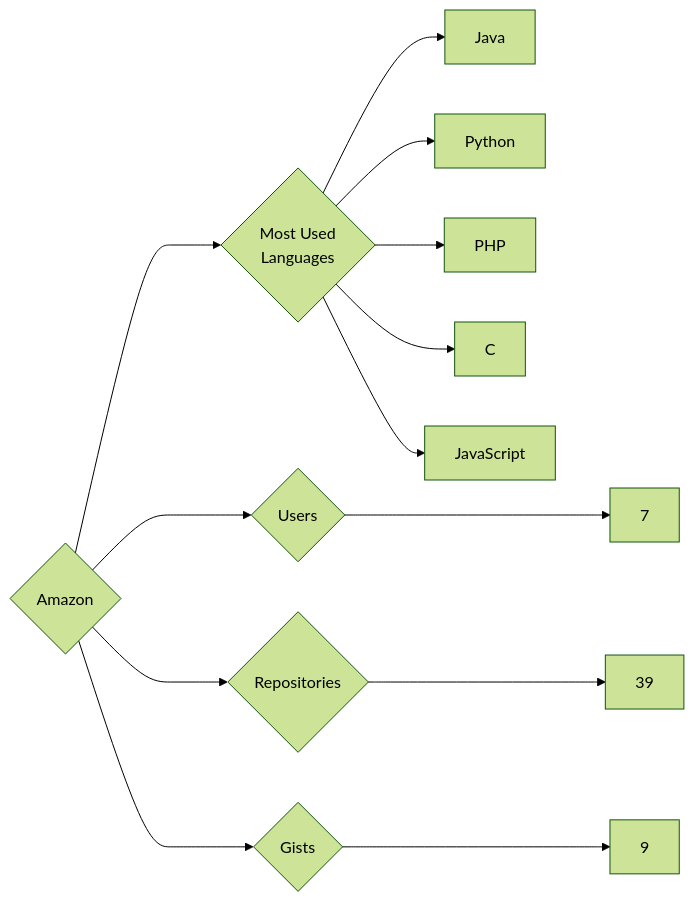
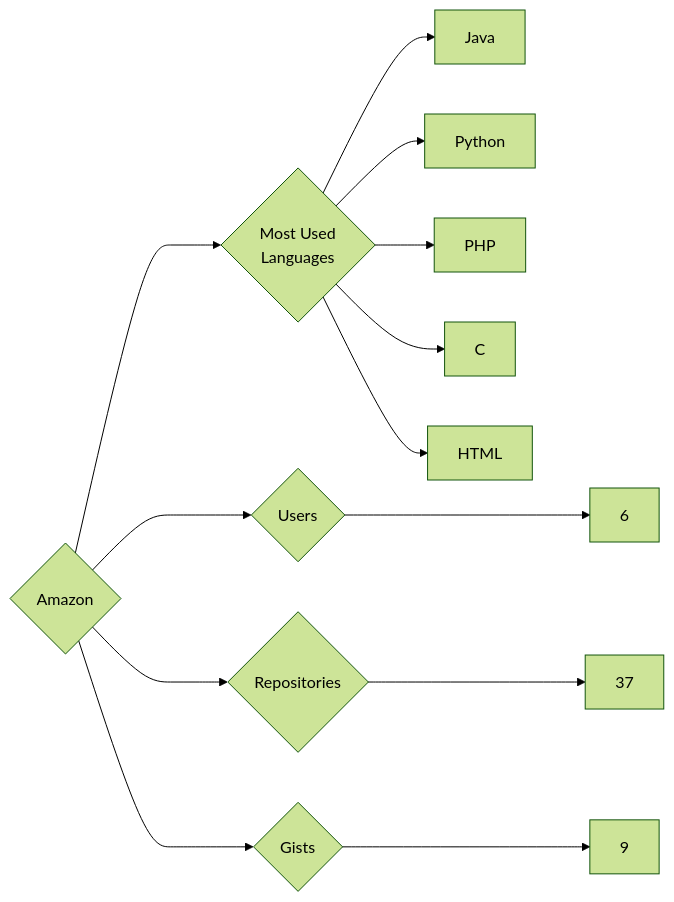
Before and after one commit to trickest/insiders: the diagram in targets/Amazon/README.md, drawn with Mermaid (forest theme). The commit also changed 934 other files, not shown here.

````diff
--- a/targets/Amazon/README.md
+++ b/targets/Amazon/README.md
@@ -3,13 +3,13 @@
 ```mermaid
 graph LR
 COMPANY_NAME{Amazon}
-COMPANY_NAME ---> U{Users} ---> UN[7]
-COMPANY_NAME ---> R{Repositories} ---> RN[39]
+COMPANY_NAME ---> U{Users} ---> UN[6]
+COMPANY_NAME ---> R{Repositories} ---> RN[37]
 COMPANY_NAME ---> G{Gists} ---> GN[9]
 COMPANY_NAME ---> ML{Most Used<br>Languages}
 ML --> Java[Java]
 ML --> Python[Python]
 ML --> PHP[PHP]
 ML --> C[C]
-ML --> JavaScript[JavaScript]
+ML --> HTML[HTML]
 ```
````
